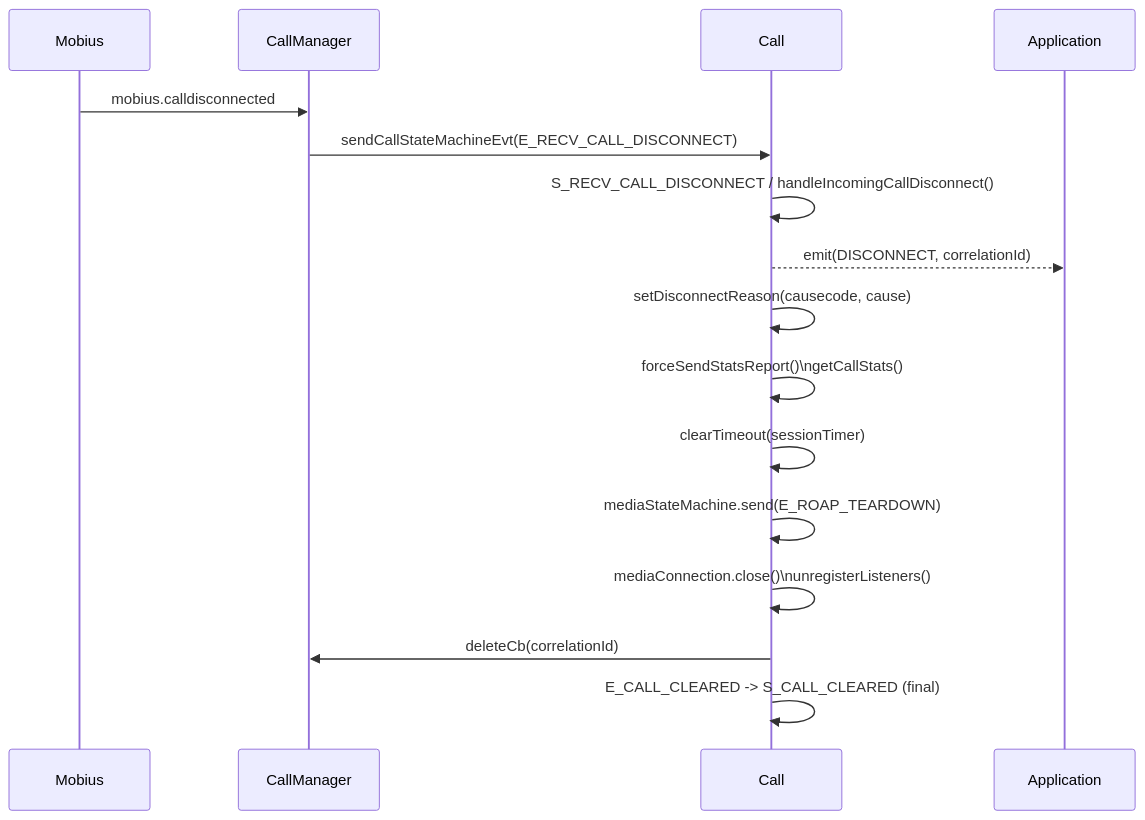
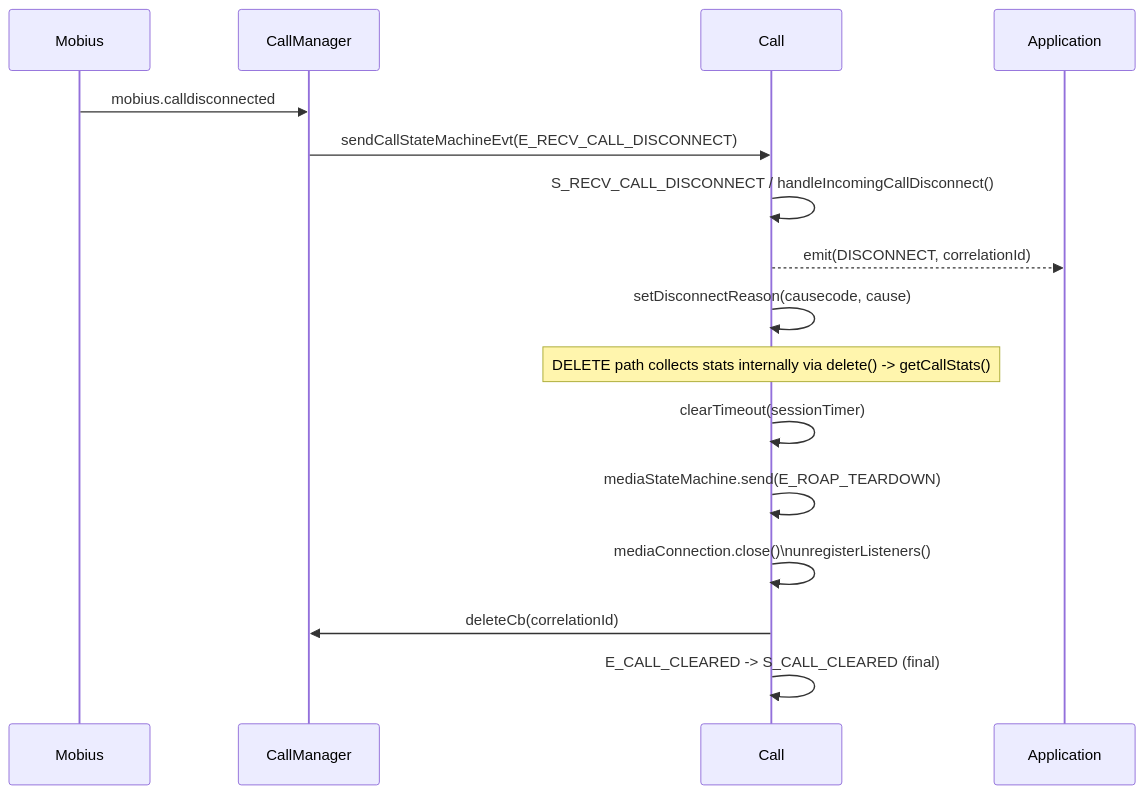
Diagram 18 of 19 in packages/calling/src/CallingClient/calling/ai-docs/ARCHITECTURE.md (webex/webex-js-sdk), drawn with Mermaid before and after one commit. The commit also changed other lines of this file and 1 other file, not shown here.

````diff
--- a/packages/calling/src/CallingClient/calling/ai-docs/ARCHITECTURE.md
+++ b/packages/calling/src/CallingClient/calling/ai-docs/ARCHITECTURE.md
@@ -778,19 +824,19 @@
 ```mermaid
 sequenceDiagram
     participant Mobius as Mobius
     participant CM as CallManager
     participant Call as Call
     participant App as Application
 
     Mobius->>CM: mobius.calldisconnected
     CM->>Call: sendCallStateMachineEvt(E_RECV_CALL_DISCONNECT)
     Call->>Call: S_RECV_CALL_DISCONNECT / handleIncomingCallDisconnect()
     Call-->>App: emit(DISCONNECT, correlationId)
     Call->>Call: setDisconnectReason(causecode, cause)
-    Call->>Call: forceSendStatsReport()\ngetCallStats()
+    Note over Call: DELETE path collects stats internally via delete() -> getCallStats()
     Call->>Call: clearTimeout(sessionTimer)
     Call->>Call: mediaStateMachine.send(E_ROAP_TEARDOWN)
     Call->>Call: mediaConnection.close()\nunregisterListeners()
     Call->>CM: deleteCb(correlationId)
     Call->>Call: E_CALL_CLEARED -> S_CALL_CLEARED (final)
 ```
````
